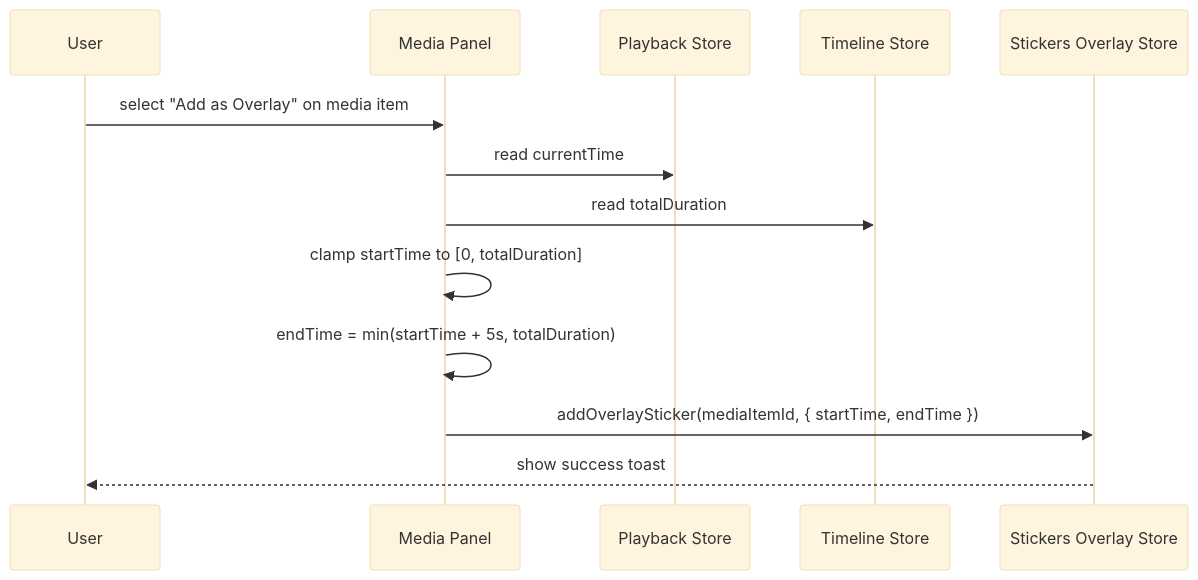
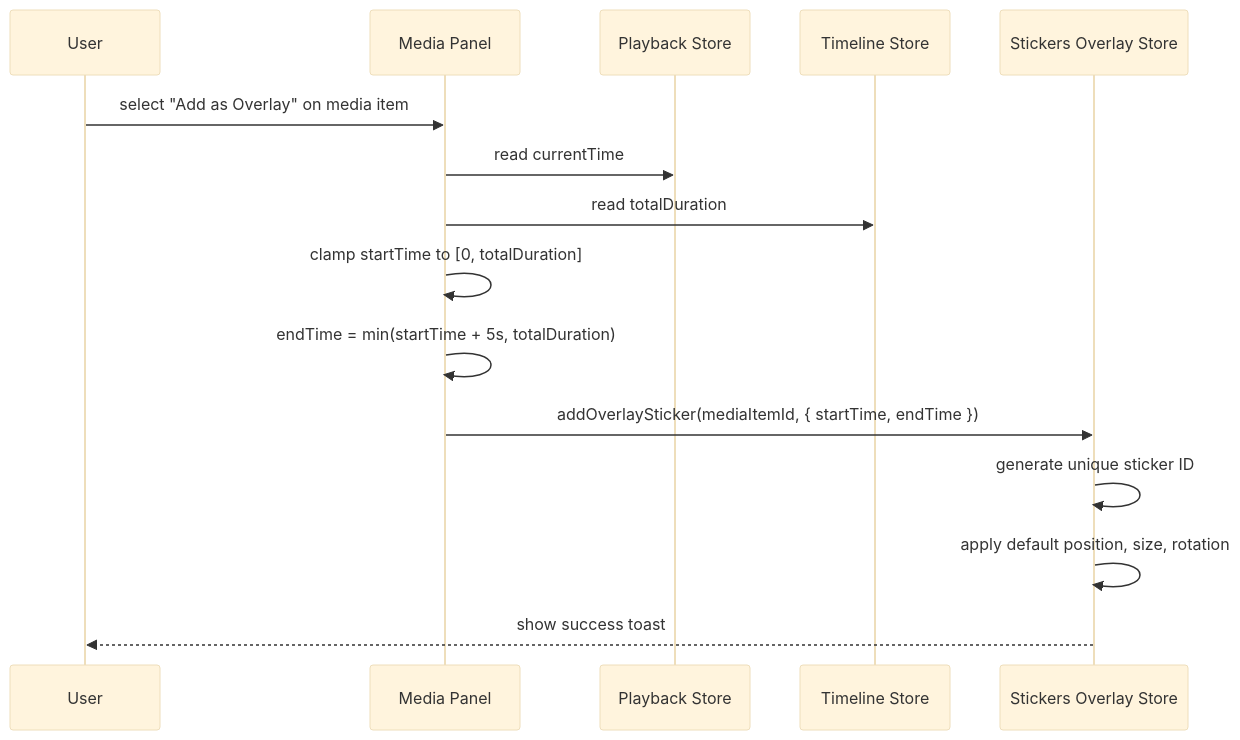
Before and after one commit to donghaozhang/qcut: the first of 5 diagrams in qcut/docs/task/overview_sticker.md, drawn with Mermaid (base theme). The commit also changed other lines of this file and 2 other files, not shown here.

Commit message:
LEGENDARY STICKER MASTERY - perfect stickers collection refinement, ultimate drag hook optimization, and comprehensive overview documentation

````diff
--- a/qcut/docs/task/overview_sticker.md
+++ b/qcut/docs/task/overview_sticker.md
@@ -1,16 +45,18 @@
 ```mermaid
 sequenceDiagram
   participant U as User
   participant MP as Media Panel
   participant PS as Playback Store
   participant TL as Timeline Store
   participant SO as Stickers Overlay Store
 
   U->>MP: select "Add as Overlay" on media item
   MP->>PS: read currentTime
   MP->>TL: read totalDuration
   MP->>MP: clamp startTime to [0, totalDuration]
   MP->>MP: endTime = min(startTime + 5s, totalDuration)
   MP->>SO: addOverlaySticker(mediaItemId, { startTime, endTime })
+  SO->>SO: generate unique sticker ID
+  SO->>SO: apply default position, size, rotation
   SO-->>U: show success toast
 ```
````
